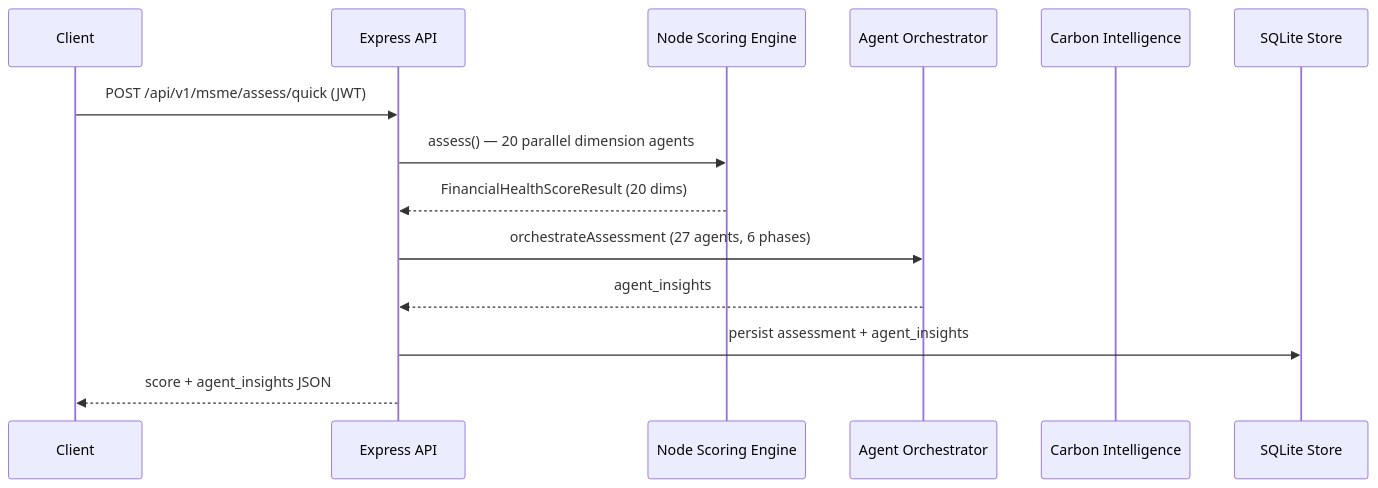
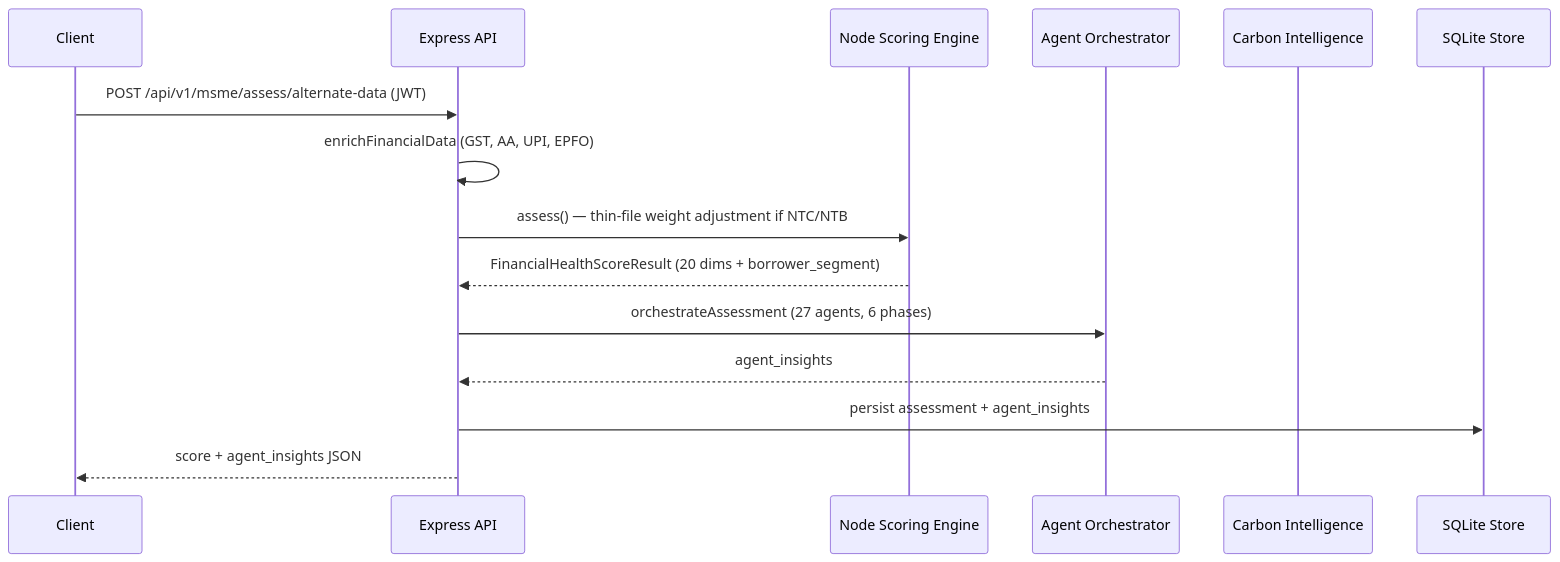
The second of 4 diagrams in docs/ARCHITECTURE.md (carbonintelli/FinancialHealthScore), drawn with Mermaid before and after one commit. The commit also changed other lines of this file and 8 other files, not shown here.

First line of the commit message:
Update documentation for alternate data, ecosystem, and thin-file scoring

````diff
--- a/docs/ARCHITECTURE.md
+++ b/docs/ARCHITECTURE.md
@@ -51,17 +56,18 @@
 ```mermaid
 sequenceDiagram
     participant Client
     participant API as Express API
     participant Score as Node Scoring Engine
     participant Orch as Agent Orchestrator
     participant CI as Carbon Intelligence
     participant DB as SQLite Store
 
-    Client->>API: POST /api/v1/msme/assess/quick (JWT)
-    API->>Score: assess() — 20 parallel dimension agents
-    Score-->>API: FinancialHealthScoreResult (20 dims)
+    Client->>API: POST /api/v1/msme/assess/alternate-data (JWT)
+    API->>API: enrichFinancialData (GST, AA, UPI, EPFO)
+    API->>Score: assess() — thin-file weight adjustment if NTC/NTB
+    Score-->>API: FinancialHealthScoreResult (20 dims + borrower_segment)
     API->>Orch: orchestrateAssessment (27 agents, 6 phases)
     Orch-->>API: agent_insights
     API->>DB: persist assessment + agent_insights
     API-->>Client: score + agent_insights JSON
 ```
````
